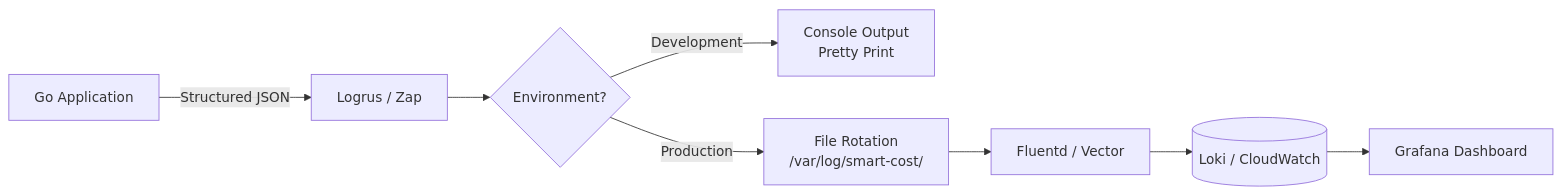
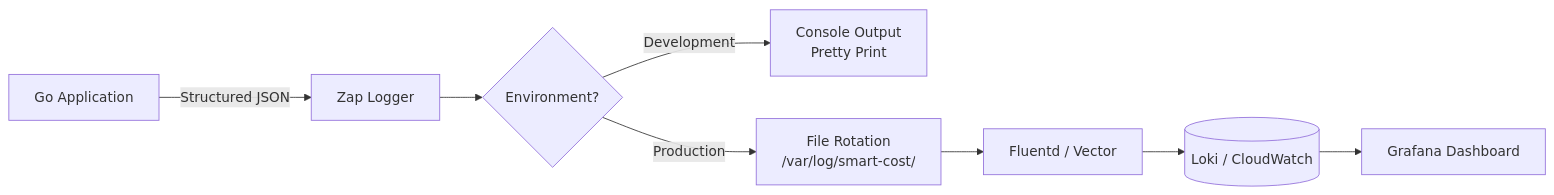
The second of 3 diagrams in docs/TECH_SPEC.md (luthfi-indrawan/SmartCost), drawn with Mermaid before and after one commit. The commit also changed other lines of this file and 11 other files, not shown here.

````diff
--- a/docs/TECH_SPEC.md
+++ b/docs/TECH_SPEC.md
@@ -190,10 +362,10 @@
 ```mermaid
 graph LR
-    A[Go Application] -->|Structured JSON| B[Logrus / Zap]
+    A[Go Application] -->|Structured JSON| B[Zap Logger]
     B --> C{Environment?}
     C -- Development --> D[Console Output<br/>Pretty Print]
     C -- Production --> E[File Rotation<br/>/var/log/smart-cost/]
     E --> F[Fluentd / Vector]
     F --> G[(Loki / CloudWatch)]
     G --> H[Grafana Dashboard]
 ```
````
